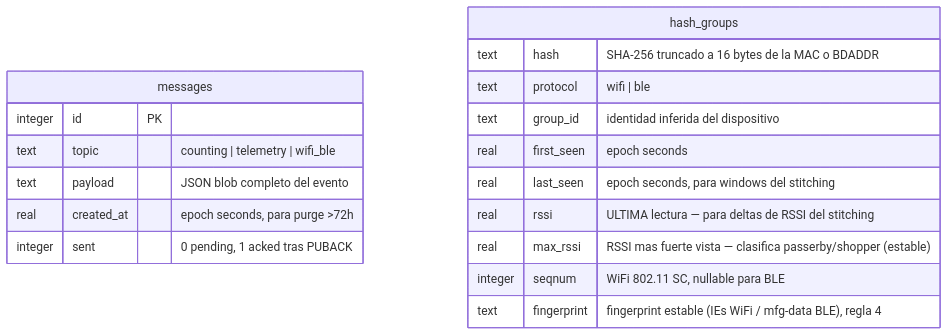
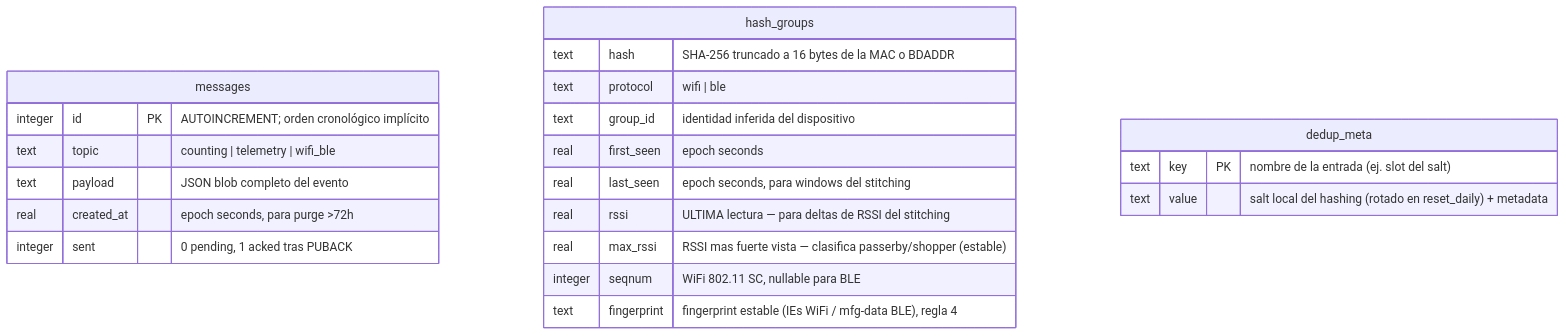
One commit to maurogasparri/people-counter changed the second of 2 diagrams in docs/database_schema.md. Above: the diagram before and after it, drawn with Mermaid. The commit also changed other lines of this file and 1 other file, not shown here.

First line of the commit message:
[S11] docs de schema/DER + fuentes Mermaid de las figuras del TFG

````diff
--- a/docs/database_schema.md
+++ b/docs/database_schema.md
@@ -367,22 +432,27 @@
 ```mermaid
 erDiagram
     messages {
-        integer  id           PK
+        integer  id           PK "AUTOINCREMENT; orden cronológico implícito"
         text     topic         "counting | telemetry | wifi_ble"
         text     payload       "JSON blob completo del evento"
         real     created_at    "epoch seconds, para purge >72h"
         integer  sent          "0 pending, 1 acked tras PUBACK"
     }
 
     hash_groups {
         text     hash          "SHA-256 truncado a 16 bytes de la MAC o BDADDR"
         text     protocol      "wifi | ble"
         text     group_id      "identidad inferida del dispositivo"
         real     first_seen    "epoch seconds"
         real     last_seen     "epoch seconds, para windows del stitching"
         real     rssi          "ULTIMA lectura — para deltas de RSSI del stitching"
         real     max_rssi      "RSSI mas fuerte vista — clasifica passerby/shopper (estable)"
         integer  seqnum        "WiFi 802.11 SC, nullable para BLE"
         text     fingerprint   "fingerprint estable (IEs WiFi / mfg-data BLE), regla 4"
     }
+
+    dedup_meta {
+        text     key           PK "nombre de la entrada (ej. slot del salt)"
+        text     value         "salt local del hashing (rotado en reset_daily) + metadata"
+    }
 ```
````
